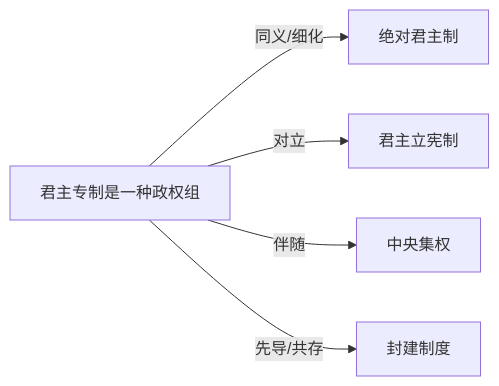
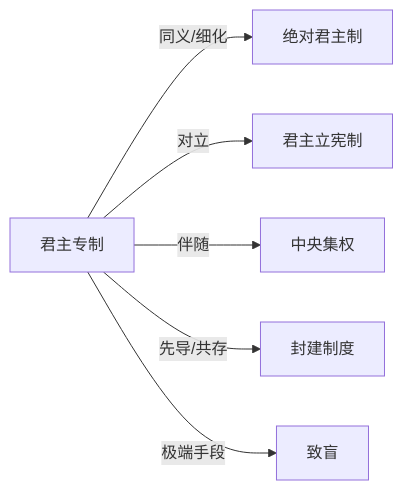
The diagram in Knowledge/Concepts/政治/君主专制.md (KIMMCHOW/MyKnowledge), drawn with Mermaid before and after one commit. The commit also changed 96 other files, not shown here.

Commit message:
fix: 修复概念页关系图节点并补齐缺失关联

````diff
--- a/Knowledge/Concepts/政治/君主专制.md
+++ b/Knowledge/Concepts/政治/君主专制.md
@@ -42,7 +42,8 @@
 ```mermaid
 graph LR
-    君主专制是一种政权组 -->|同义/细化| 绝对君主制
-    君主专制是一种政权组 -->|对立| 君主立宪制
-    君主专制是一种政权组 -->|伴随| 中央集权
-    君主专制是一种政权组 -->|先导/共存| 封建制度
+君主专制 -->|同义/细化| 绝对君主制
+君主专制 -->|对立| 君主立宪制
+君主专制 -->|伴随| 中央集权
+君主专制 -->|先导/共存| 封建制度
+君主专制 -->|极端手段| 致盲
 ```
````
